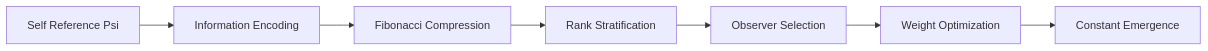
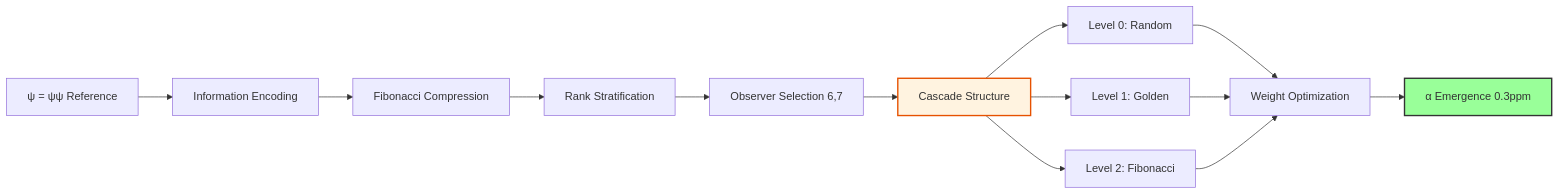
The second of 2 diagrams in docs/psi-constants/part-01-structural-collapse-limits/chapter-001-collapse-limit-constants.md (loning/the-phys), drawn with Mermaid before and after one commit. The commit also changed other lines of this file and 2 other files, not shown here.

````diff
--- a/docs/psi-constants/part-01-structural-collapse-limits/chapter-001-collapse-limit-constants.md
+++ b/docs/psi-constants/part-01-structural-collapse-limits/chapter-001-collapse-limit-constants.md
@@ -215,9 +231,21 @@
 ```mermaid
 graph LR
-    A[Self Reference Psi] --> B[Information Encoding]
+    A[ψ = ψψ Reference] --> B[Information Encoding]
     B --> C[Fibonacci Compression]
     C --> D[Rank Stratification]
-    D --> E[Observer Selection]
-    E --> F[Weight Optimization]
-    F --> G[Constant Emergence]
+    D --> E[Observer Selection 6,7]
+    E --> F[Cascade Structure]
+    
+    F --> G[Level 0: Random]
+    F --> H[Level 1: Golden]
+    F --> I[Level 2: Fibonacci]
+    
+    G --> J[Weight Optimization]
+    H --> J
+    I --> J
+    
+    J --> K[α Emergence 0.3ppm]
+    
+    style F fill:#fff3e0,stroke:#e65100,stroke-width:2px
+    style K fill:#9f9,stroke:#333,stroke-width:2px
 ```
````
